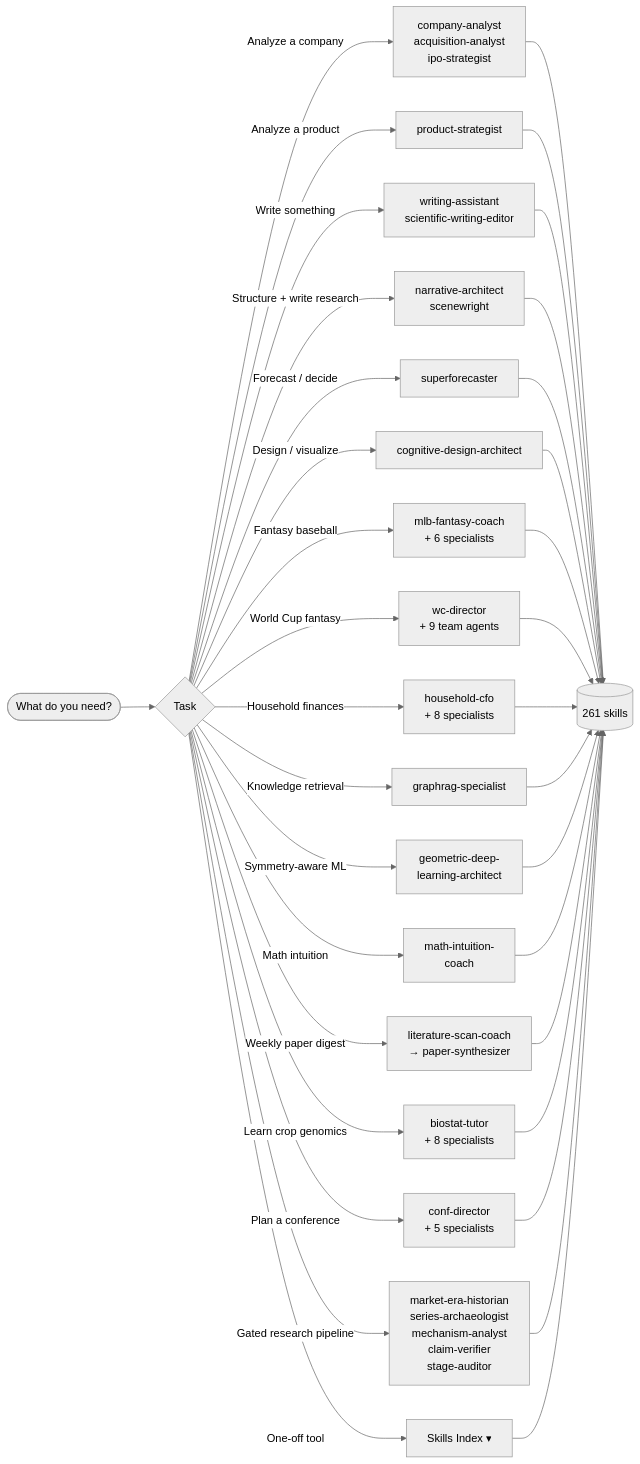
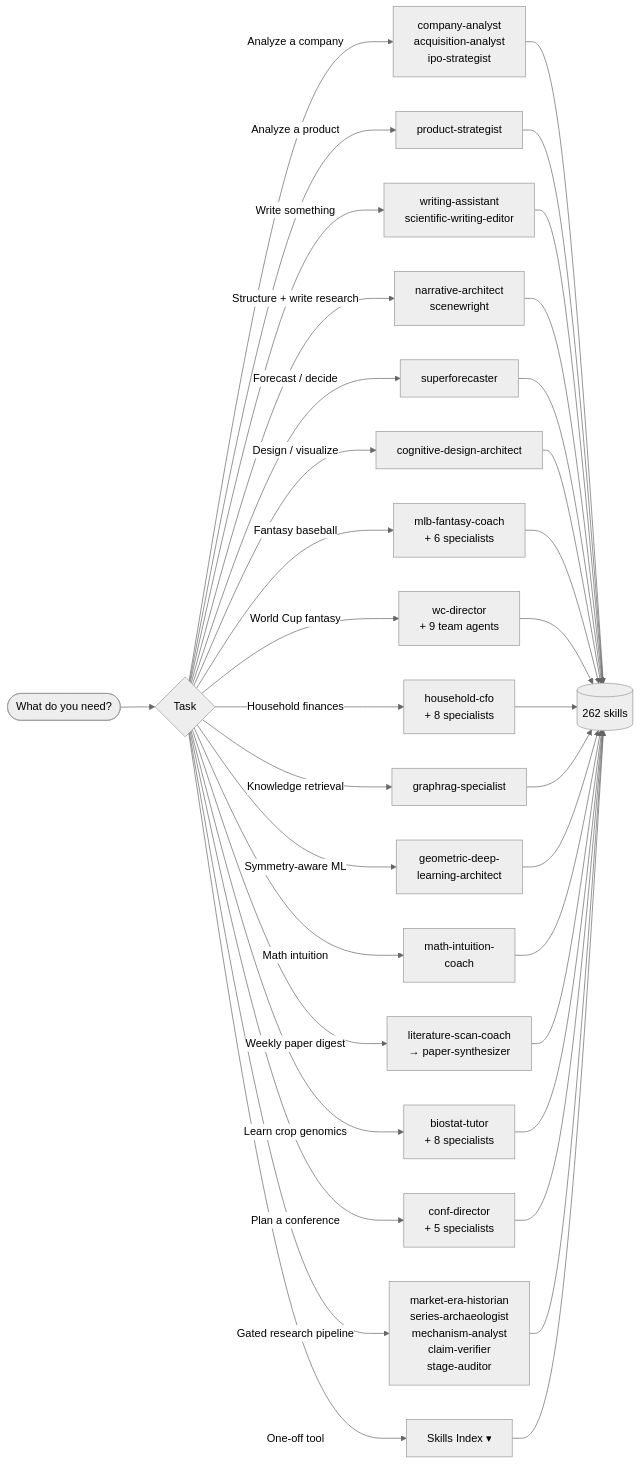
Before and after one commit to lyndonkl/claude: the diagram in README.md, drawn with Mermaid (neutral theme). The commit also changed other lines of this file, not shown here.

First line of the commit message:
Update repo README for reader-first-prose (counts + skills index entry)

````diff
--- a/README.md
+++ b/README.md
@@ -48,23 +48,23 @@
 ```mermaid
 flowchart LR
     U([What do you need?]) --> D{Task}
     D -->|Analyze a company| CA[company-analyst<br/>acquisition-analyst<br/>ipo-strategist]
     D -->|Analyze a product| PS[product-strategist]
     D -->|Write something| WA[writing-assistant<br/>scientific-writing-editor]
     D -->|Structure + write research| NA[narrative-architect<br/>scenewright]
     D -->|Forecast / decide| SF[superforecaster]
     D -->|Design / visualize| CD[cognitive-design-architect]
     D -->|Fantasy baseball| MLB[mlb-fantasy-coach<br/>+ 6 specialists]
     D -->|World Cup fantasy| WC[wc-director<br/>+ 9 team agents]
     D -->|Household finances| HF[household-cfo<br/>+ 8 specialists]
     D -->|Knowledge retrieval| GR[graphrag-specialist]
     D -->|Symmetry-aware ML| GDL[geometric-deep-<br/>learning-architect]
     D -->|Math intuition| MI[math-intuition-<br/>coach]
     D -->|Weekly paper digest| LSC[literature-scan-coach<br/>→ paper-synthesizer]
     D -->|Learn crop genomics| BIO[biostat-tutor<br/>+ 8 specialists]
     D -->|Plan a conference| CONF[conf-director<br/>+ 5 specialists]
     D -->|Gated research pipeline| RP[market-era-historian<br/>series-archaeologist<br/>mechanism-analyst<br/>claim-verifier<br/>stage-auditor]
     D -->|One-off tool| SK[Skills Index ▾]
-    CA & PS & WA & NA & SF & CD & MLB & WC & HF & GR & GDL & MI & LSC & BIO & CONF & RP --> S[(261 skills)]
+    CA & PS & WA & NA & SF & CD & MLB & WC & HF & GR & GDL & MI & LSC & BIO & CONF & RP --> S[(262 skills)]
     SK --> S
 ```
````
